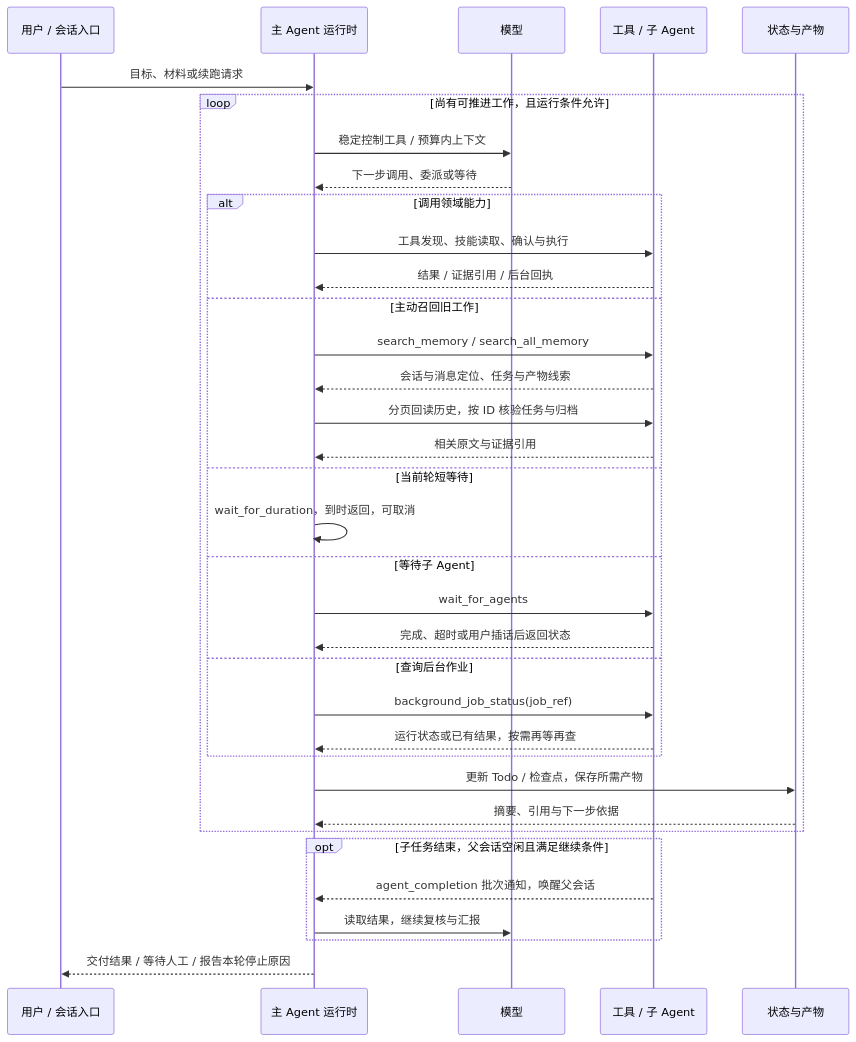
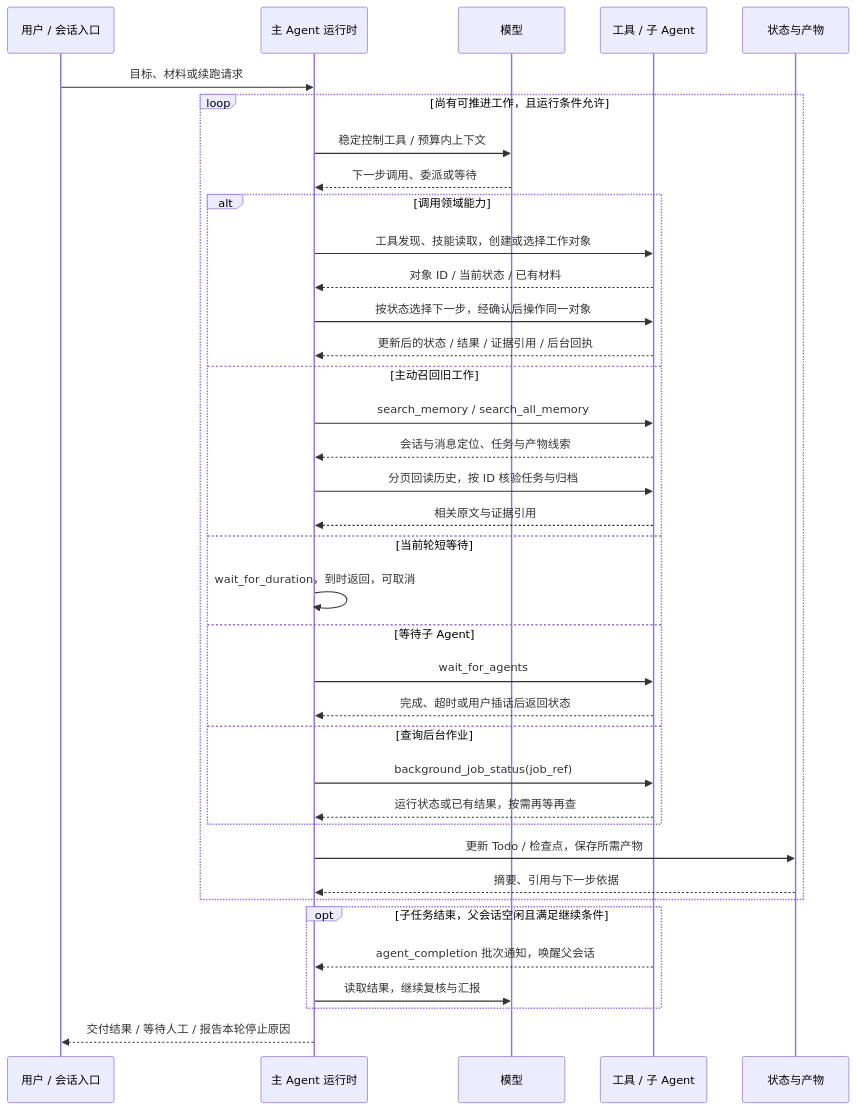
One commit to HG-ha/Argusai changed the second of 3 diagrams in README.md. Above: the diagram before and after it, drawn with Mermaid. The commit also changed other lines of this file and 6 other files, not shown here.

````diff
--- a/README.md
+++ b/README.md
@@ -215,37 +218,39 @@
 ```mermaid
 sequenceDiagram
     participant U as 用户 / 会话入口
     participant A as 主 Agent 运行时
     participant M as 模型
     participant T as 工具 / 子 Agent
     participant S as 状态与产物
     U->>A: 目标、材料或续跑请求
     loop 尚有可推进工作，且运行条件允许
         A->>M: 稳定控制工具 / 预算内上下文
         M-->>A: 下一步调用、委派或等待
         alt 调用领域能力
-            A->>T: 工具发现、技能读取、确认与执行
-            T-->>A: 结果 / 证据引用 / 后台回执
+            A->>T: 工具发现、技能读取，创建或选择工作对象
+            T-->>A: 对象 ID / 当前状态 / 已有材料
+            A->>T: 按状态选择下一步，经确认后操作同一对象
+            T-->>A: 更新后的状态 / 结果 / 证据引用 / 后台回执
         else 主动召回旧工作
             A->>T: search_memory / search_all_memory
             T-->>A: 会话与消息定位、任务与产物线索
             A->>T: 分页回读历史，按 ID 核验任务与归档
             T-->>A: 相关原文与证据引用
         else 当前轮短等待
             A->>A: wait_for_duration，到时返回，可取消
         else 等待子 Agent
             A->>T: wait_for_agents
             T-->>A: 完成、超时或用户插话后返回状态
         else 查询后台作业
             A->>T: background_job_status(job_ref)
             T-->>A: 运行状态或已有结果，按需再等再查
         end
         A->>S: 更新 Todo / 检查点，保存所需产物
         S-->>A: 摘要、引用与下一步依据
     end
     opt 子任务结束，父会话空闲且满足继续条件
         T-->>A: agent_completion 批次通知，唤醒父会话
         A->>M: 读取结果，继续复核与汇报
     end
     A-->>U: 交付结果 / 等待人工 / 报告本轮停止原因
 ```
````
